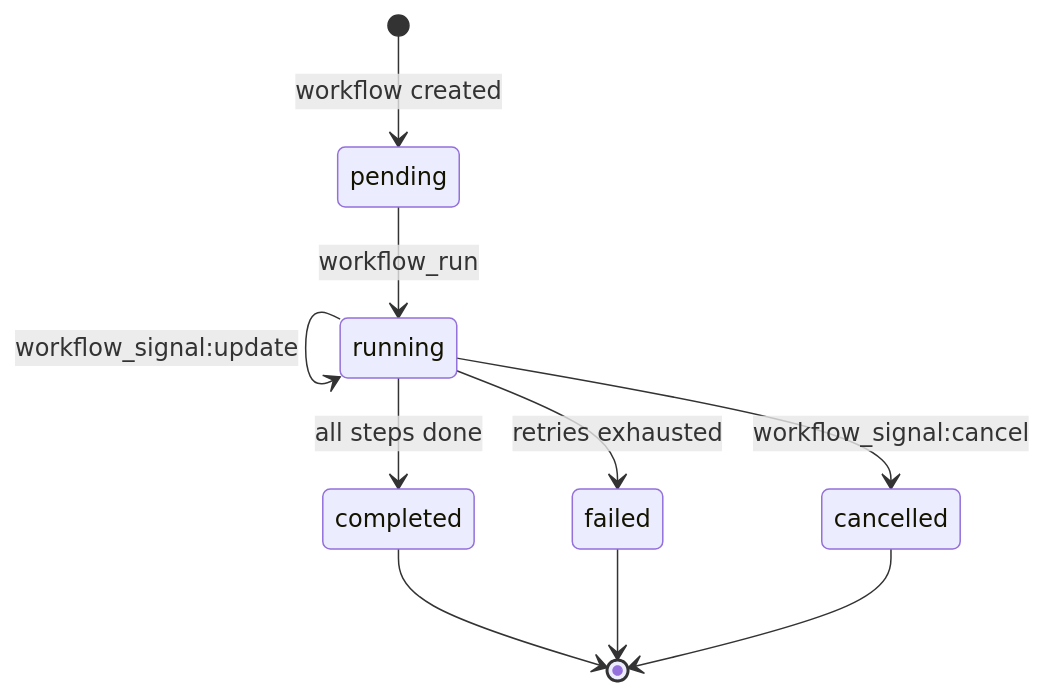
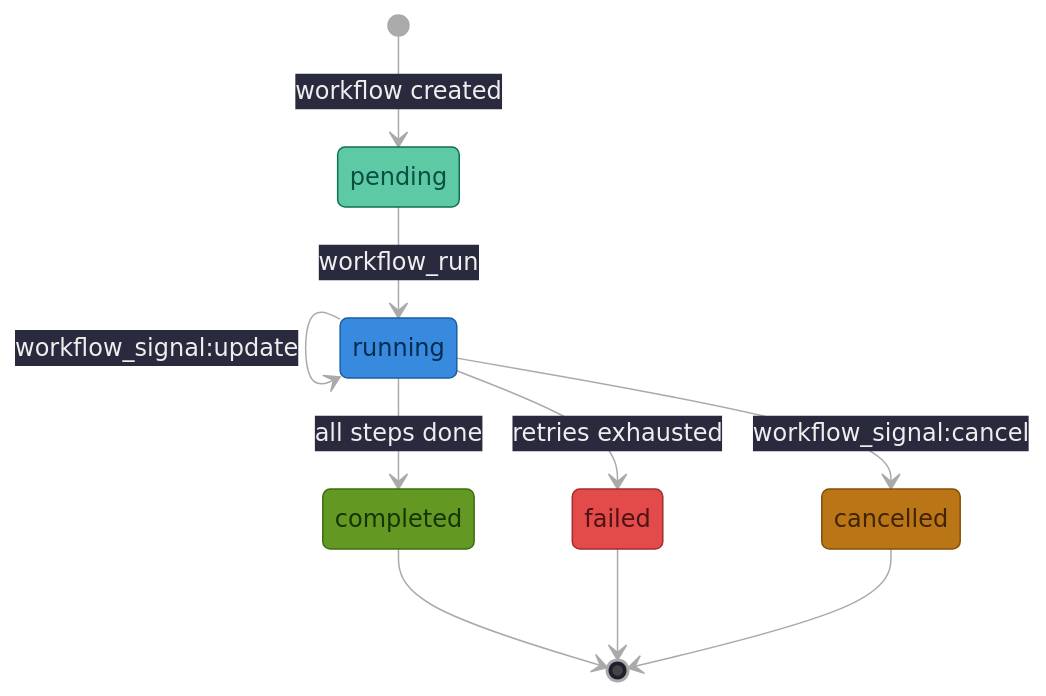
One commit to bhatti/weblog changed the diagram in images/ai-workflow.mermaid. Above: the diagram before and after it, drawn with Mermaid. The commit also changed 1 other file, not shown here.

```diff
--- a/images/ai-workflow.mermaid
+++ b/images/ai-workflow.mermaid
@@ -1,10 +1,23 @@
+%%{init: {'theme': 'base', 'themeVariables': {'background': '#1e1e2e', 'mainBkg': '#1e1e2e', 'nodeBorder': '#444', 'lineColor': '#aaa', 'textColor': '#eee', 'edgeLabelBackground': '#2a2a3e'}}}%%
 stateDiagram-v2
+    classDef pending   fill:#5DCAA5,stroke:#0F6E56,color:#085041,font-weight:500
+    classDef running   fill:#378ADD,stroke:#185FA5,color:#042C53,font-weight:500
+    classDef completed fill:#639922,stroke:#3B6D11,color:#173404,font-weight:500
+    classDef failed    fill:#E24B4A,stroke:#A32D2D,color:#501313,font-weight:500
+    classDef cancelled fill:#BA7517,stroke:#854F0B,color:#412402,font-weight:500
+
     [*] --> pending: workflow created
     pending --> running: workflow_run
     running --> running: workflow_signal:update
     running --> completed: all steps done
     running --> failed: retries exhausted
     running --> cancelled: workflow_signal:cancel
     completed --> [*]
     failed --> [*]
     cancelled --> [*]
+
+    class pending pending
+    class running running
+    class completed completed
+    class failed failed
+    class cancelled cancelled
```
